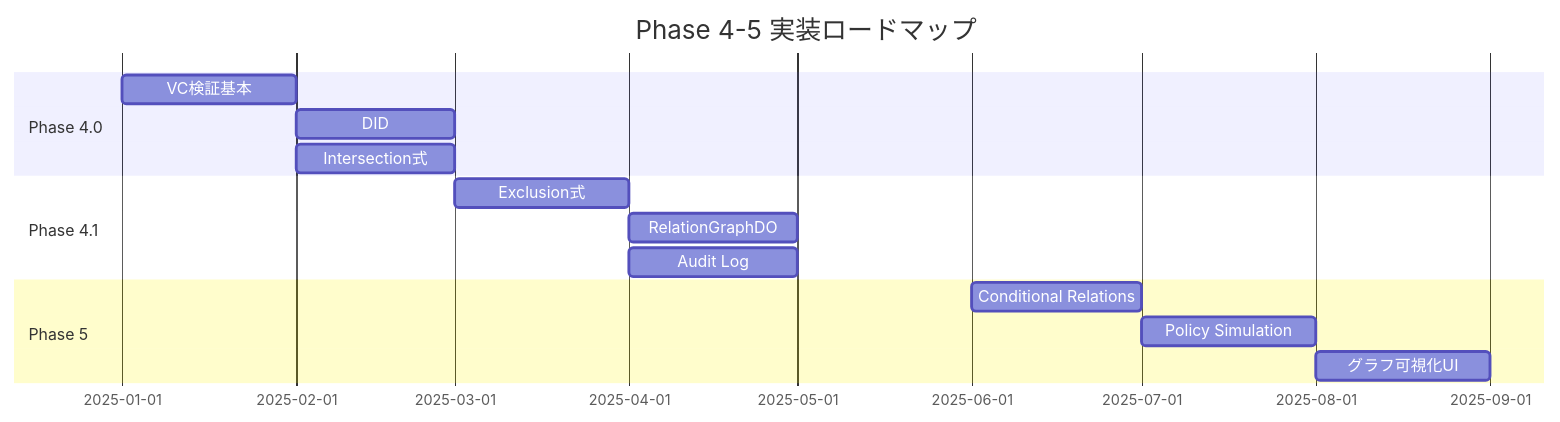
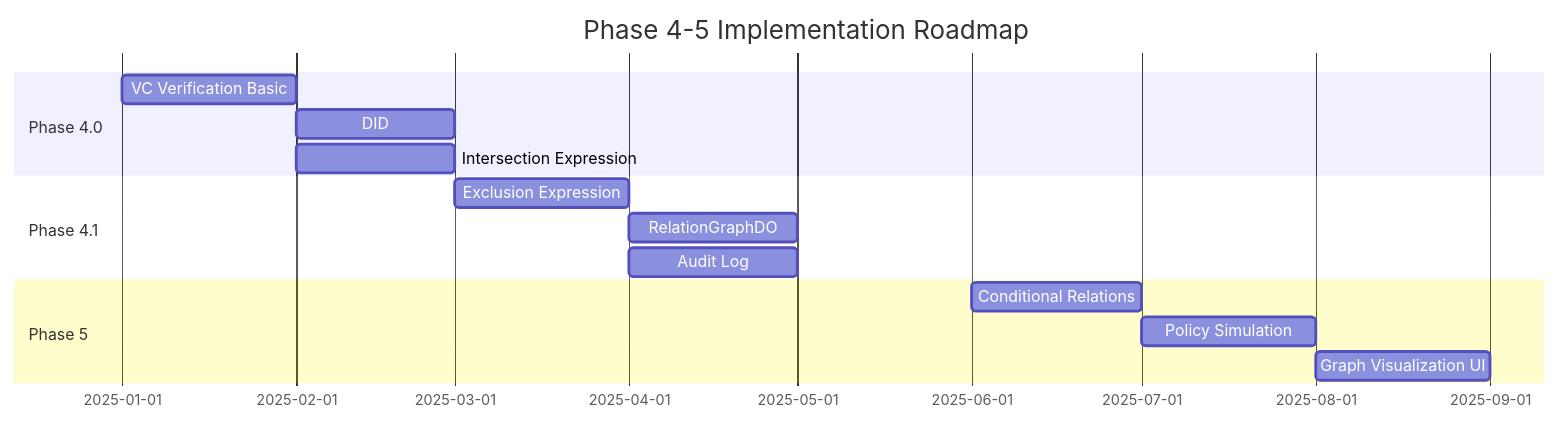
One commit to sgrastar/authrim changed the second of 2 diagrams in docs/phase4-roadmap.md. Above: the diagram before and after it, drawn with Mermaid. The commit also changed other lines of this file and 23 other files, not shown here.

First line of the commit message:
docs: Translate all Japanese documentation to English and convert ASCII diagrams to Mermaid

````diff
--- a/docs/phase4-roadmap.md
+++ b/docs/phase4-roadmap.md
@@ -267,19 +267,19 @@
 ```mermaid
 gantt
-    title Phase 4-5 実装ロードマップ
+    title Phase 4-5 Implementation Roadmap
     dateFormat  YYYY-MM
     section Phase 4.0
-    VC検証基本           :2025-01, 2025-02
-    DID:web              :2025-02, 2025-03
-    Intersection式       :2025-02, 2025-03
+    VC Verification Basic     :2025-01, 2025-02
+    DID:web                   :2025-02, 2025-03
+    Intersection Expression   :2025-02, 2025-03
 
     section Phase 4.1
-    Exclusion式          :2025-03, 2025-04
-    RelationGraphDO      :2025-04, 2025-05
-    Audit Log            :2025-04, 2025-05
+    Exclusion Expression      :2025-03, 2025-04
+    RelationGraphDO           :2025-04, 2025-05
+    Audit Log                 :2025-04, 2025-05
 
     section Phase 5
-    Conditional Relations :2025-06, 2025-07
-    Policy Simulation     :2025-07, 2025-08
-    グラフ可視化UI       :2025-08, 2025-09
+    Conditional Relations     :2025-06, 2025-07
+    Policy Simulation         :2025-07, 2025-08
+    Graph Visualization UI    :2025-08, 2025-09
 ```
````
